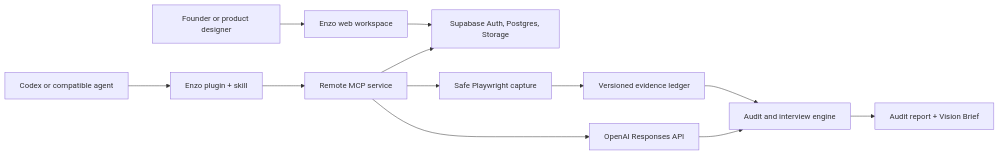
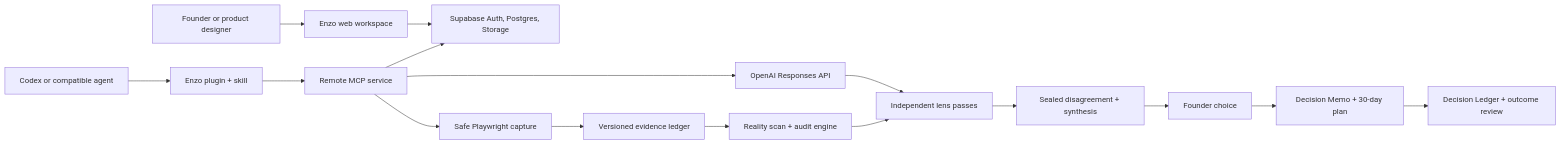
One commit to edenbuilds/enzo changed the diagram in docs/architecture.md. Above: the diagram before and after it, drawn with Mermaid. The commit also changed other lines of this file and 95 other files, not shown here.

First line of the commit message:
Ship Enzo founder decision studio (#1)

````diff
--- a/docs/architecture.md
+++ b/docs/architecture.md
@@ -3,14 +3,18 @@
 ```mermaid
 flowchart LR
     User["Founder or product designer"] --> Web["Enzo web workspace"]
     Agent["Codex or compatible agent"] --> Plugin["Enzo plugin + skill"]
     Plugin --> MCP["Remote MCP service"]
     Web --> DB["Supabase Auth, Postgres, Storage"]
     MCP --> DB
     MCP --> Capture["Safe Playwright capture"]
     MCP --> Model["OpenAI Responses API"]
     Capture --> Evidence["Versioned evidence ledger"]
-    Evidence --> Audit["Audit and interview engine"]
-    Model --> Audit
-    Audit --> Brief["Audit report + Vision Brief"]
+    Evidence --> Audit["Reality scan + audit engine"]
+    Model --> Council["Independent lens passes"]
+    Audit --> Council
+    Council --> Disagreement["Sealed disagreement + synthesis"]
+    Disagreement --> Choice["Founder choice"]
+    Choice --> Artifact["Decision Memo + 30-day plan"]
+    Artifact --> Ledger["Decision Ledger + outcome review"]
 ```
````
